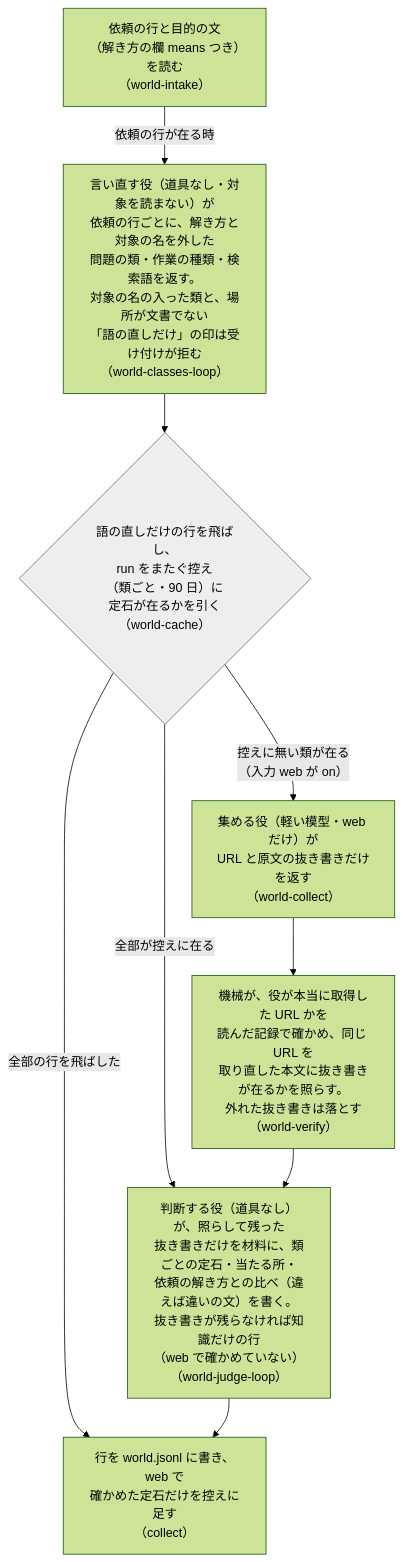
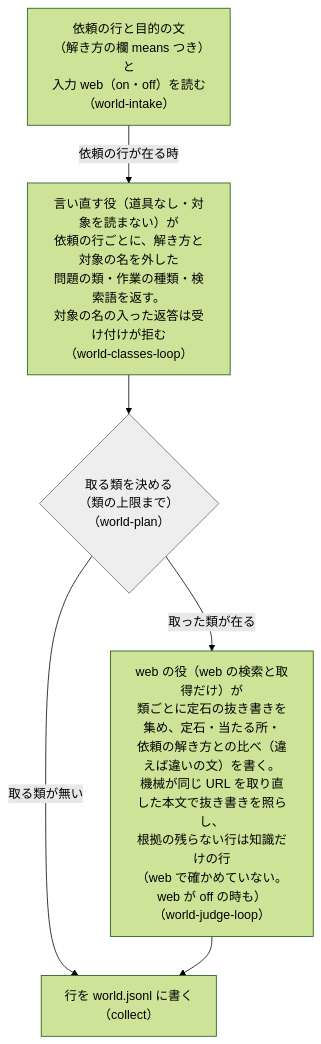
Before and after one commit to raiki61/claude-plugins: the second of 8 diagrams in works/docs/darkfactory-flow.md, drawn with Mermaid (forest theme). The commit also changed other lines of this file and 29 other files, not shown here.

Commit message:
fix(works): 世界の段の畳みの R1 の指摘を直す（web の役の返答から basis を外して機械だけが付け、照らしは呼び手の行をそのまま運び、web の切り替えは入口の控え 1 か所に。死んだ口 reads.top_here・impact.is_doc を外し、先例の出どころの抜き出しを worldmark.ref_problems に寄せた。図・7a 項・計画・設計書・写しの表の古い記述と、割り方の理由の置き場を計画 5.2 節に揃えた）

````diff
--- a/works/docs/darkfactory-flow.md
+++ b/works/docs/darkfactory-flow.md
@@ -92,14 +92,11 @@
 ```mermaid
 flowchart TD
-  WI["依頼の行と目的の文<br/>（解き方の欄 means つき）を読む<br/>（world-intake）"] -- "依頼の行が在る時" --> WC["言い直す役（道具なし・対象を読まない）が<br/>依頼の行ごとに、解き方と対象の名を外した<br/>問題の類・作業の種類・検索語を返す。<br/>対象の名の入った類と、場所が文書でない<br/>「語の直しだけ」の印は受け付けが拒む<br/>（world-classes-loop）"]
-  WC --> WK{"語の直しだけの行を飛ばし、<br/>run をまたぐ控え<br/>（類ごと・90 日）に<br/>定石が在るかを引く<br/>（world-cache）"}
-  WK -- "控えに無い類が在る<br/>（入力 web が on）" --> WL["集める役（軽い模型・web だけ）が<br/>URL と原文の抜き書きだけを返す<br/>（world-collect）"]
-  WL --> WV["機械が、役が本当に取得した URL かを<br/>読んだ記録で確かめ、同じ URL を<br/>取り直した本文に抜き書きが在るかを照らす。<br/>外れた抜き書きは落とす<br/>（world-verify）"]
-  WK -- "全部が控えに在る" --> WJ
-  WK -- "全部の行を飛ばした" --> WO
-  WV --> WJ["判断する役（道具なし）が、照らして残った<br/>抜き書きだけを材料に、類ごとの定石・当たる所・<br/>依頼の解き方との比べ（違えば違いの文）を書く。<br/>抜き書きが残らなければ知識だけの行<br/>（web で確かめていない）<br/>（world-judge-loop）"]
-  WJ --> WO["行を world.jsonl に書き、web で<br/>確かめた定石だけを控えに足す<br/>（collect）"]
+  WI["依頼の行と目的の文<br/>（解き方の欄 means つき）と<br/>入力 web（on・off）を読む<br/>（world-intake）"] -- "依頼の行が在る時" --> WC["言い直す役（道具なし・対象を読まない）が<br/>依頼の行ごとに、解き方と対象の名を外した<br/>問題の類・作業の種類・検索語を返す。<br/>対象の名の入った返答は受け付けが拒む<br/>（world-classes-loop）"]
+  WC --> WP{"取る類を決める<br/>（類の上限まで）<br/>（world-plan）"}
+  WP -- "取った類が在る" --> WJ["web の役（web の検索と取得だけ）が<br/>類ごとに定石の抜き書きを集め、定石・当たる所・<br/>依頼の解き方との比べ（違えば違いの文）を書く。<br/>機械が同じ URL を取り直した本文で抜き書きを照らし、<br/>根拠の残らない行は知識だけの行<br/>（web で確かめていない。web が off の時も）<br/>（world-judge-loop）"]
+  WP -- "取る類が無い" --> WO
+  WJ --> WO["行を world.jsonl に書く<br/>（collect）"]
 
   classDef mdec fill:#eeeeee,stroke:#666
-  class WK mdec
+  class WP mdec
 ```
````
